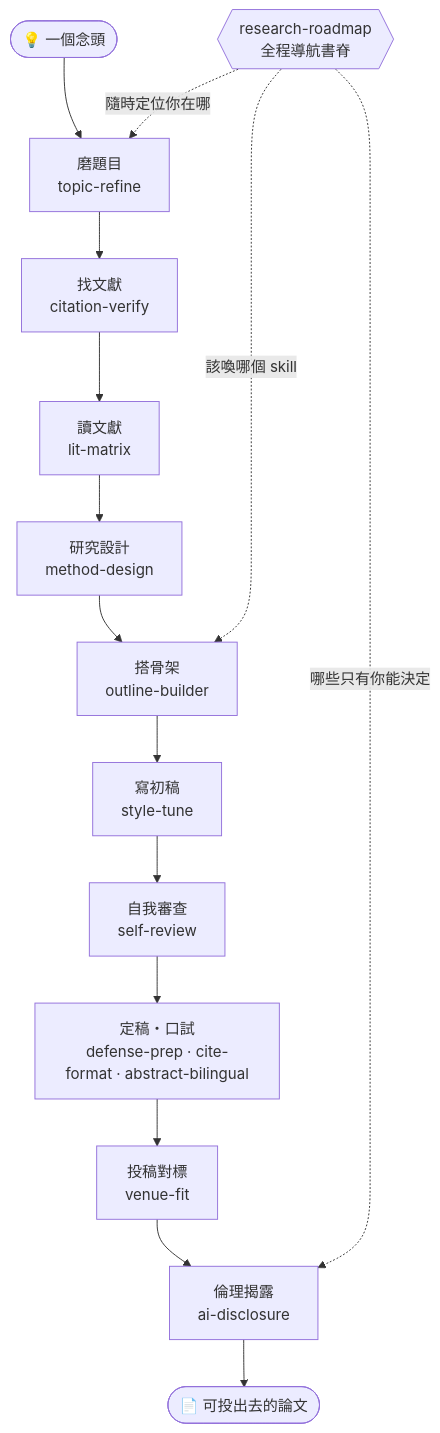
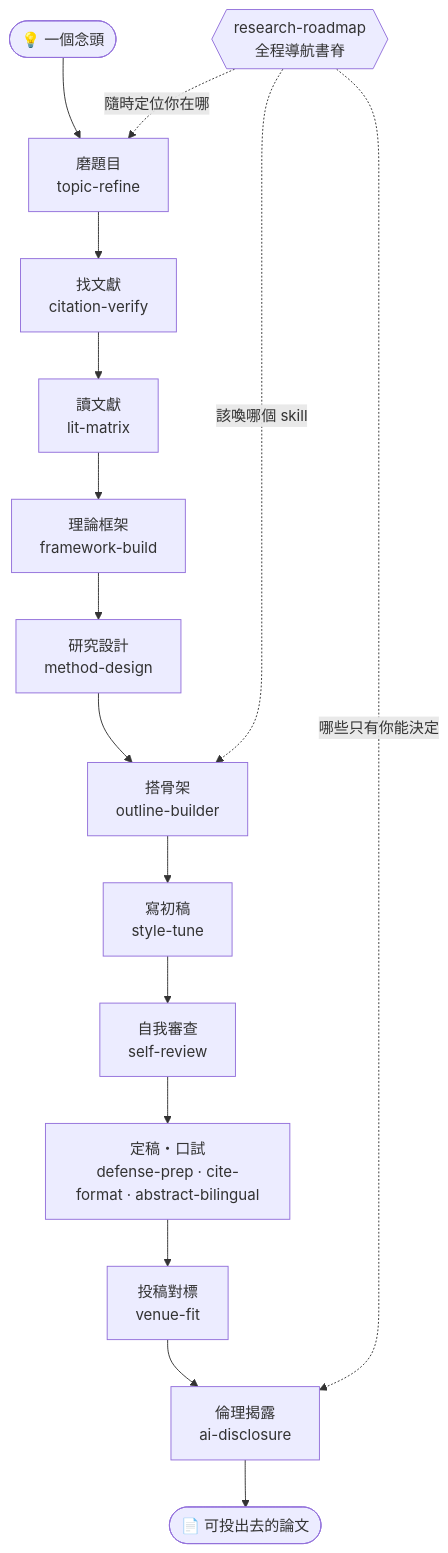
One commit to DylanChiang-Dev/liberal-arts-research-skills changed the diagram in README.md. Above: the diagram before and after it, drawn with Mermaid. The commit also changed other lines of this file and 3 other files, not shown here.

Commit message:
docs: 四份 README 接入 framework-build（13→14）

````diff
--- a/README.md
+++ b/README.md
@@ -57,17 +57,18 @@
 ```mermaid
 flowchart TD
     Start([💡 一個念頭]) --> S1[磨題目<br/>topic-refine]
     S1 --> S2[找文獻<br/>citation-verify]
     S2 --> S3[讀文獻<br/>lit-matrix]
-    S3 --> S4[研究設計<br/>method-design]
+    S3 --> SF[理論框架<br/>framework-build]
+    SF --> S4[研究設計<br/>method-design]
     S4 --> S5[搭骨架<br/>outline-builder]
     S5 --> S6[寫初稿<br/>style-tune]
     S6 --> S7[自我審查<br/>self-review]
     S7 --> S8[定稿・口試<br/>defense-prep · cite-format · abstract-bilingual]
     S8 --> S9[投稿對標<br/>venue-fit]
     S9 --> S10[倫理揭露<br/>ai-disclosure]
     S10 --> End([📄 可投出去的論文])
     RM{{research-roadmap<br/>全程導航書脊}} -.隨時定位你在哪.-> S1
     RM -.該喚哪個 skill.-> S5
     RM -.哪些只有你能決定.-> S10
 ```
````
